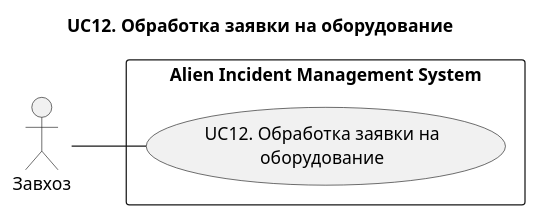
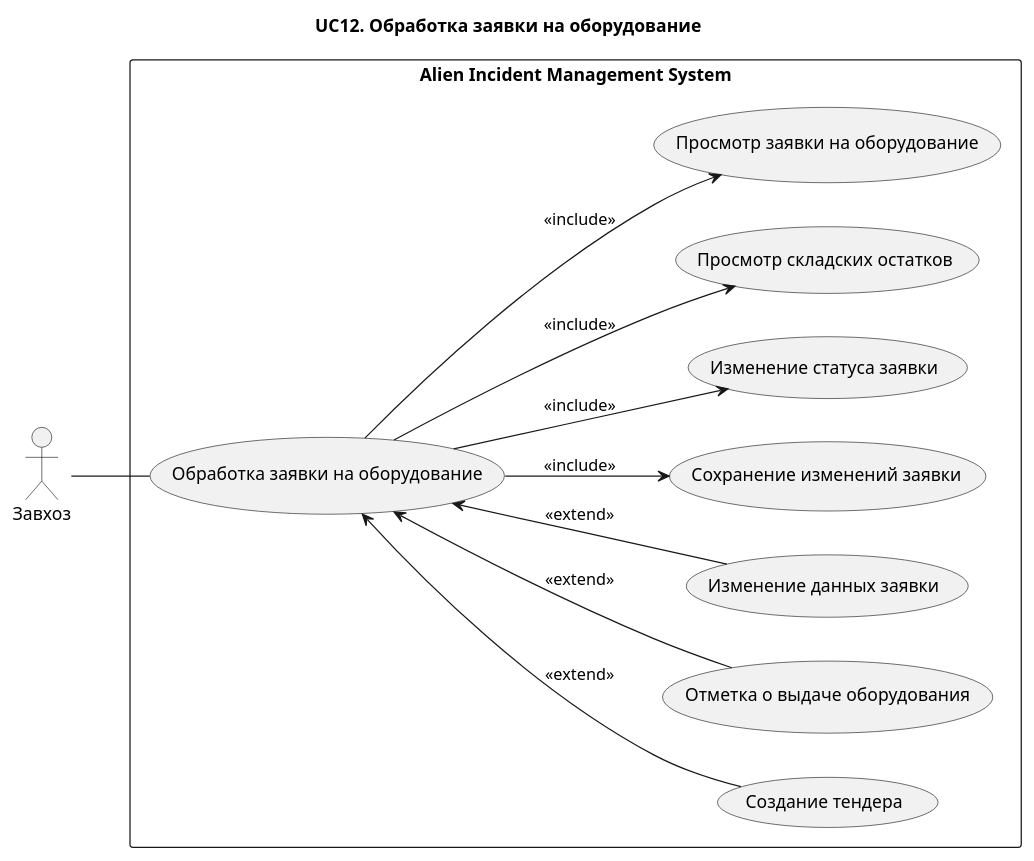
Before and after one commit to Andryss/AIMS: the diagram in docs/use-case/UC12.md, drawn with PlantUML. The commit also changed other lines of this file and 23 other files, not shown here.

Commit message:
docs: refine use-case diagrams and centralize rendering commands

````diff
--- a/docs/use-case/UC12.md
+++ b/docs/use-case/UC12.md
@@ -3,15 +5,33 @@
 ```plantuml
 @startuml
 title UC12. Обработка заявки на оборудование
 left to right direction
 
 actor "Завхоз" as Storekeeper
 
 rectangle "Alien Incident Management System" {
-  usecase "UC12. Обработка заявки на\nоборудование" as UC12
+
+(Обработка заявки на оборудование) as UC11
+
+(Создание тендера) as UC118
+(Отметка о выдаче оборудования) as UC116
+(Изменение данных заявки) as UC115
+(Сохранение изменений заявки) as UC114
+(Изменение статуса заявки) as UC113
+(Просмотр складских остатков) as UC112
+(Просмотр заявки на оборудование) as UC111
+
 }
 
-Storekeeper -- UC12
+Storekeeper -- UC11
+
+UC11 --> UC111 : <<include>>
+UC11 --> UC112 : <<include>>
+UC11 --> UC113 : <<include>>
+UC11 --> UC114 : <<include>>
+UC11 <-- UC115 : <<extend>>
+UC11 <-- UC116 : <<extend>>
+UC11 <-- UC118 : <<extend>>
 
 @enduml
 ```
````
